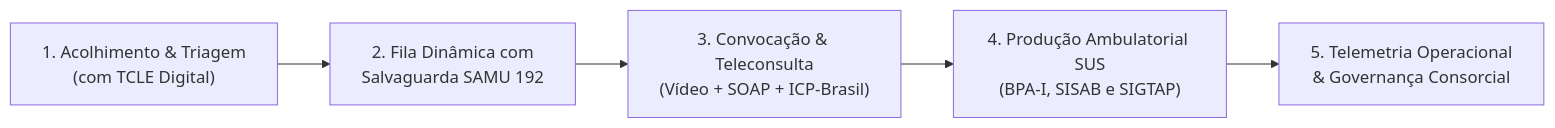
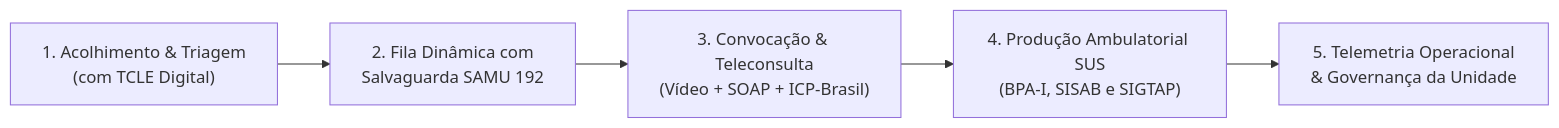
Before and after one commit to Rafaelp122/medisync: the first of 2 diagrams in docs/explanation/business-vision.md, drawn with Mermaid. The commit also changed other lines of this file and 400 other files, not shown here.

````diff
--- a/docs/explanation/business-vision.md
+++ b/docs/explanation/business-vision.md
@@ -24,7 +24,7 @@
 ```mermaid
 flowchart LR
     A["1. Acolhimento & Triagem<br/>(com TCLE Digital)"] --> B["2. Fila Dinâmica com<br/>Salvaguarda SAMU 192"]
     B --> C["3. Convocação & Teleconsulta<br/>(Vídeo + SOAP + ICP-Brasil)"]
     C --> D["4. Produção Ambulatorial SUS<br/>(BPA-I, SISAB e SIGTAP)"]
-    D --> E["5. Telemetria Operacional<br/>& Governança Consorcial"]
+    D --> E["5. Telemetria Operacional<br/>& Governança da Unidade"]
 ```
````
